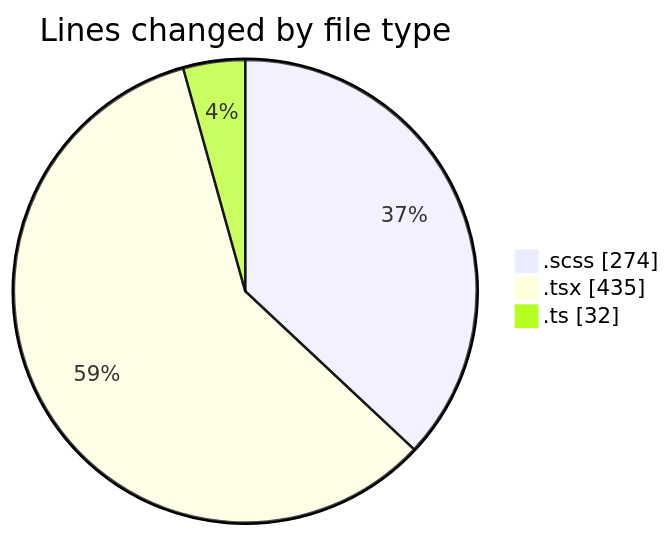
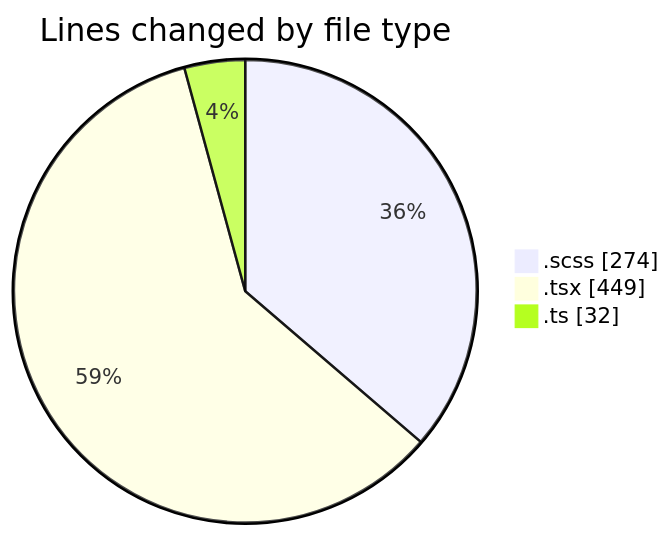
The first of 2 diagrams in 2025-03-04/cda/README.md (momahboobian/code-tracking), drawn with Mermaid before and after one commit. The commit also changed other lines of this file and 1 other file, not shown here.

````diff
--- a/2025-03-04/cda/README.md
+++ b/2025-03-04/cda/README.md
@@ -25,7 +25,7 @@
 ```mermaid
 pie showData
 title Lines changed by file type
 ".scss" : 274
-".tsx" : 435
+".tsx" : 449
 ".ts" : 32
 ```
````
